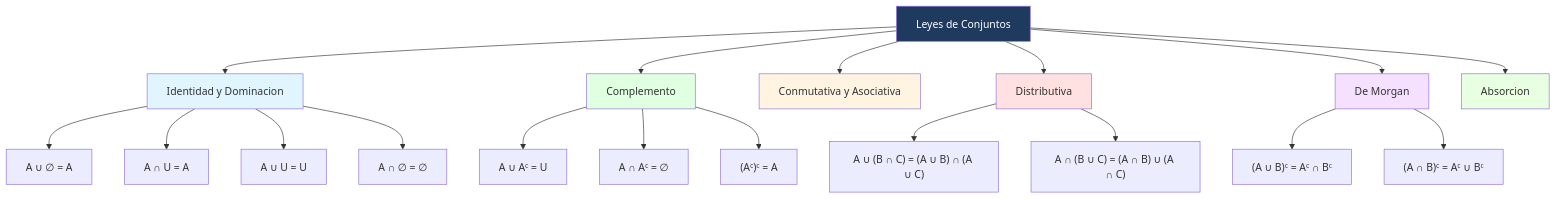
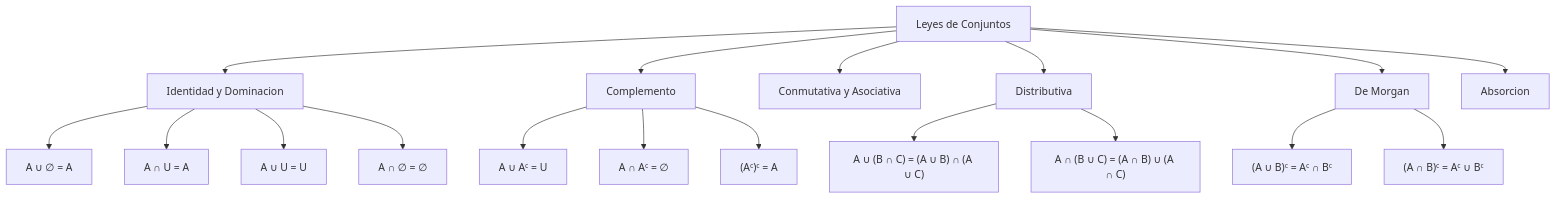
Before and after one commit to Fsteven22/Notas-de-Universidad-Freddy-Sanchez-: the diagram in Universidad/3er Semestre/Matemáticas Discretas/Unidad 1 - Logica y Conjuntos/IV - Teoría de Conjuntos/03 - Leyes de Conjuntos.md, drawn with Mermaid. The commit also changed other lines of this file and 1424 other files, not shown here.

````diff
--- a/Universidad/3er Semestre/Matemáticas Discretas/Unidad 1 - Logica y Conjuntos/IV - Teoría de Conjuntos/03 - Leyes de Conjuntos.md
+++ b/Universidad/3er Semestre/Matemáticas Discretas/Unidad 1 - Logica y Conjuntos/IV - Teoría de Conjuntos/03 - Leyes de Conjuntos.md
@@ -237,32 +235,25 @@
 ```mermaid
 graph TD
     A[Leyes de Conjuntos] --> B[Identidad y Dominacion]
     A --> C[Complemento]
     A --> D[Conmutativa y Asociativa]
     A --> E[Distributiva]
     A --> F[De Morgan]
     A --> G[Absorcion]
 
     B --> B1["A ∪ ∅ = A"]
     B --> B2["A ∩ U = A"]
     B --> B3["A ∪ U = U"]
     B --> B4["A ∩ ∅ = ∅"]
 
     C --> C1["A ∪ Aᶜ = U"]
     C --> C2["A ∩ Aᶜ = ∅"]
     C --> C3["(Aᶜ)ᶜ = A"]
 
     E --> E1["A ∪ (B ∩ C) = (A ∪ B) ∩ (A ∪ C)"]
     E --> E2["A ∩ (B ∪ C) = (A ∩ B) ∪ (A ∩ C)"]
 
     F --> F1["(A ∪ B)ᶜ = Aᶜ ∩ Bᶜ"]
     F --> F2["(A ∩ B)ᶜ = Aᶜ ∪ Bᶜ"]
 
-    style A fill:#1e3a5f,color:#fff
-    style B fill:#e1f5ff
-    style C fill:#e1ffe1
-    style D fill:#fff4e1
-    style E fill:#ffe1e1
-    style F fill:#f5e1ff
-    style G fill:#e8ffe1
 ```
````
